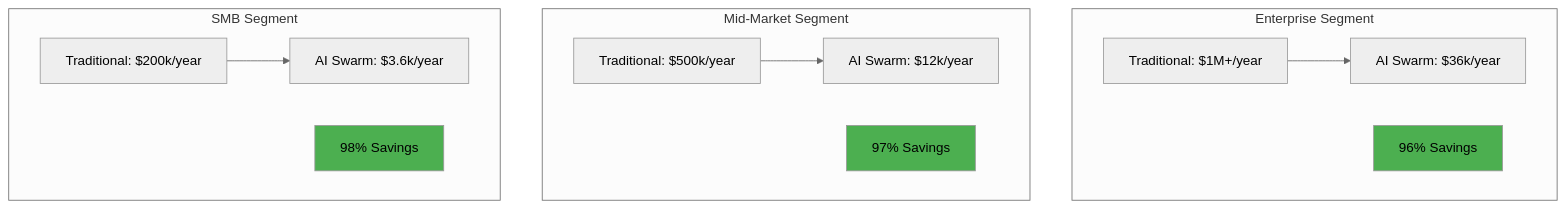
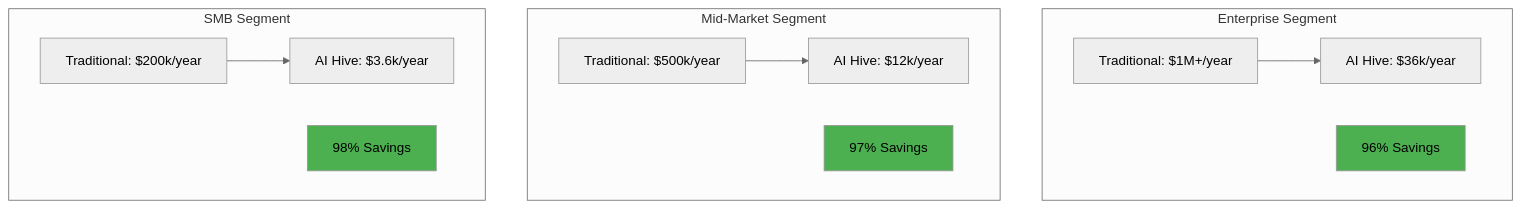
Before and after one commit to o2alexanderfedin/AI-Hive-Business-Docs: the fifth of 10 diagrams in business-documents/competitive-positioning/05-pricing-strategy.md, drawn with Mermaid (neutral theme). The commit also changed other lines of this file and 22 other files, not shown here.

First line of the commit message:
Replace all references from 'AI Swarm' to 'AI Hive' across project

````diff
--- a/business-documents/competitive-positioning/05-pricing-strategy.md
+++ b/business-documents/competitive-positioning/05-pricing-strategy.md
@@ -196,28 +196,28 @@
 ```mermaid
 graph TD
     subgraph "Enterprise Segment"
         E1[Traditional: $1M+/year]
-        E2[AI Swarm: $36k/year]
+        E2[AI Hive: $36k/year]
         E3[96% Savings]
     end
 
     subgraph "Mid-Market Segment"
         M1[Traditional: $500k/year]
-        M2[AI Swarm: $12k/year]
+        M2[AI Hive: $12k/year]
         M3[97% Savings]
     end
 
     subgraph "SMB Segment"
         S1[Traditional: $200k/year]
-        S2[AI Swarm: $3.6k/year]
+        S2[AI Hive: $3.6k/year]
         S3[98% Savings]
     end
 
     E1 --> E2
     M1 --> M2
     S1 --> S2
 
     style E3 fill:#4CAF50
     style M3 fill:#4CAF50
     style S3 fill:#4CAF50
 ```
````
